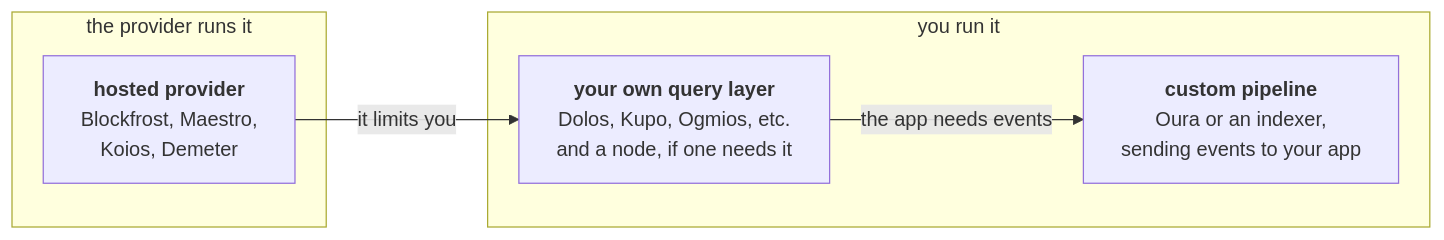
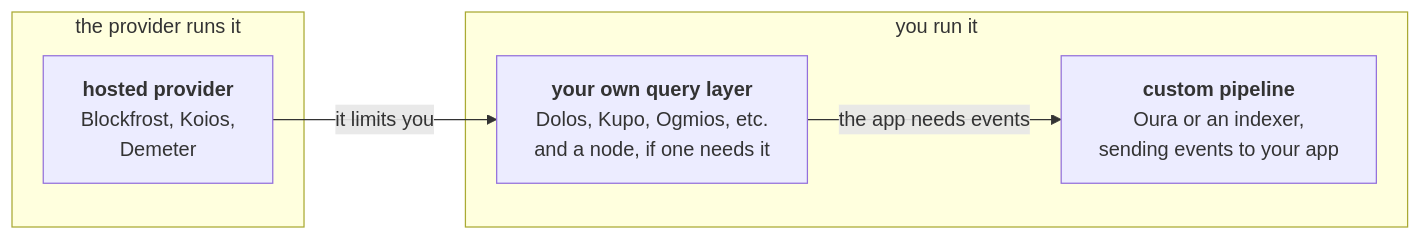
Before and after one commit to cardano-foundation/developer-portal: the second of 3 diagrams in docs/developers/onboarding/lectures/advanced/5-going-to-production.md, drawn with Mermaid. The commit also changed other lines of this file and 16 other files, not shown here.

Commit message:
Connect the onboarding flow, remove Maestro and tidy the punctuation

````diff
--- a/docs/developers/onboarding/lectures/advanced/5-going-to-production.md
+++ b/docs/developers/onboarding/lectures/advanced/5-going-to-production.md
@@ -55,18 +55,18 @@
 ```mermaid
 flowchart LR
     subgraph RENT["the provider runs it"]
         H["`**hosted provider**
-        Blockfrost, Maestro,
-        Koios, Demeter`"]
+        Blockfrost, Koios,
+        Demeter`"]
     end
     subgraph RUN["you run it"]
         S["`**your own query layer**
         Dolos, Kupo, Ogmios, etc.
         and a node, if one needs it`"]
         C["`**custom pipeline**
         Oura or an indexer,
         sending events to your app`"]
     end
     H -- "it limits you" --> S
     S -- "the app needs events" --> C
 ```
````
